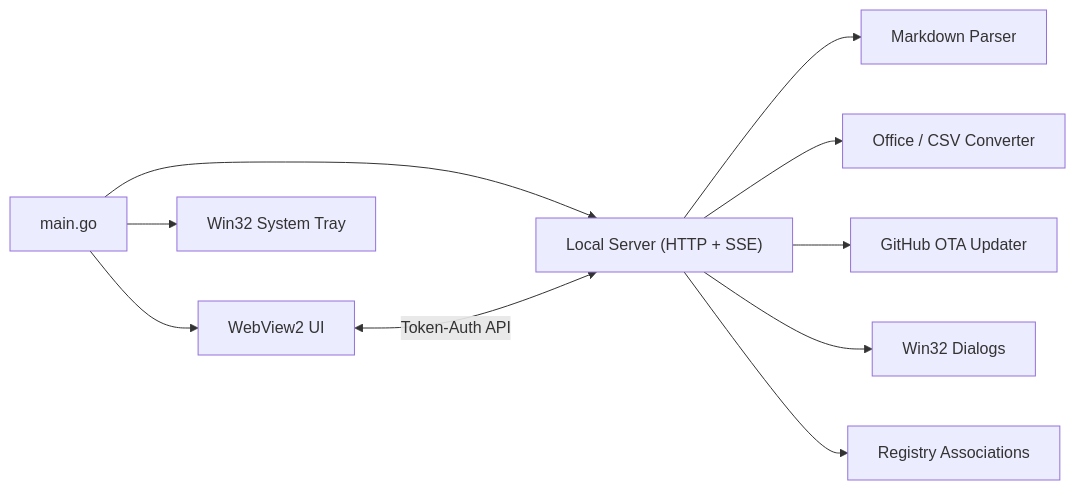
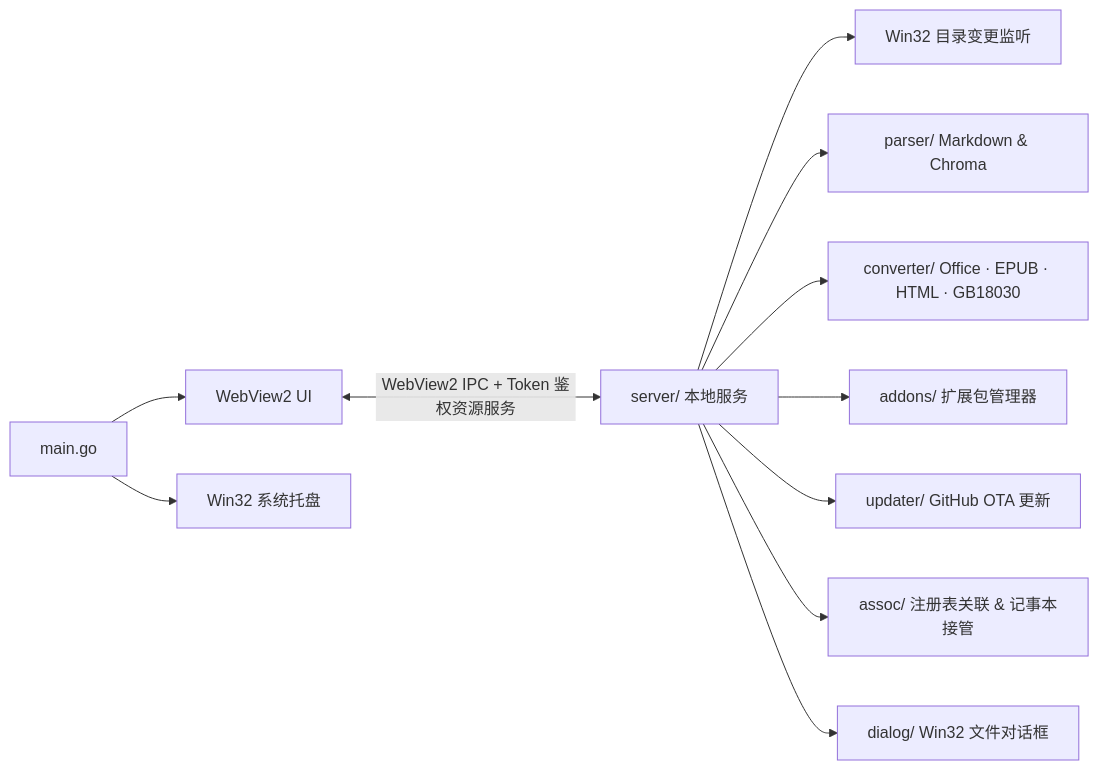
Before and after one commit to llw2011/go-md-reader: the diagram in README.md, drawn with Mermaid. The commit also changed other lines of this file, not shown here.

Commit message:
docs(readme): document v2.4.x skins, encoding support, addons, and IPC architecture

````diff
--- a/README.md
+++ b/README.md
@@ -16,12 +38,13 @@
 ```mermaid
 flowchart LR
     MAIN["main.go"] --> UI["WebView2 UI"]
-    MAIN --> SRV["Local Server (HTTP + SSE)"]
-    MAIN --> TRAY["Win32 System Tray"]
-    UI <-->|"Token-Auth API"| SRV
-    SRV --> PARSER["Markdown Parser"]
-    SRV --> CONV["Office / CSV Converter"]
-    SRV --> UPD["GitHub OTA Updater"]
-    SRV --> DLG["Win32 Dialogs"]
-    SRV --> ASSOC["Registry Associations"]
+    MAIN --> TRAY["Win32 系统托盘"]
+    UI <-->|"WebView2 IPC + Token 鉴权资源服务"| SRV["server/ 本地服务"]
+    SRV --> WATCH["Win32 目录变更监听"]
+    SRV --> PARSER["parser/ Markdown & Chroma"]
+    SRV --> CONV["converter/ Office · EPUB · HTML · GB18030"]
+    SRV --> ADDONS["addons/ 扩展包管理器"]
+    SRV --> UPD["updater/ GitHub OTA 更新"]
+    SRV --> ASSOC["assoc/ 注册表关联 & 记事本接管"]
+    SRV --> DLG["dialog/ Win32 文件对话框"]
 ```
````
